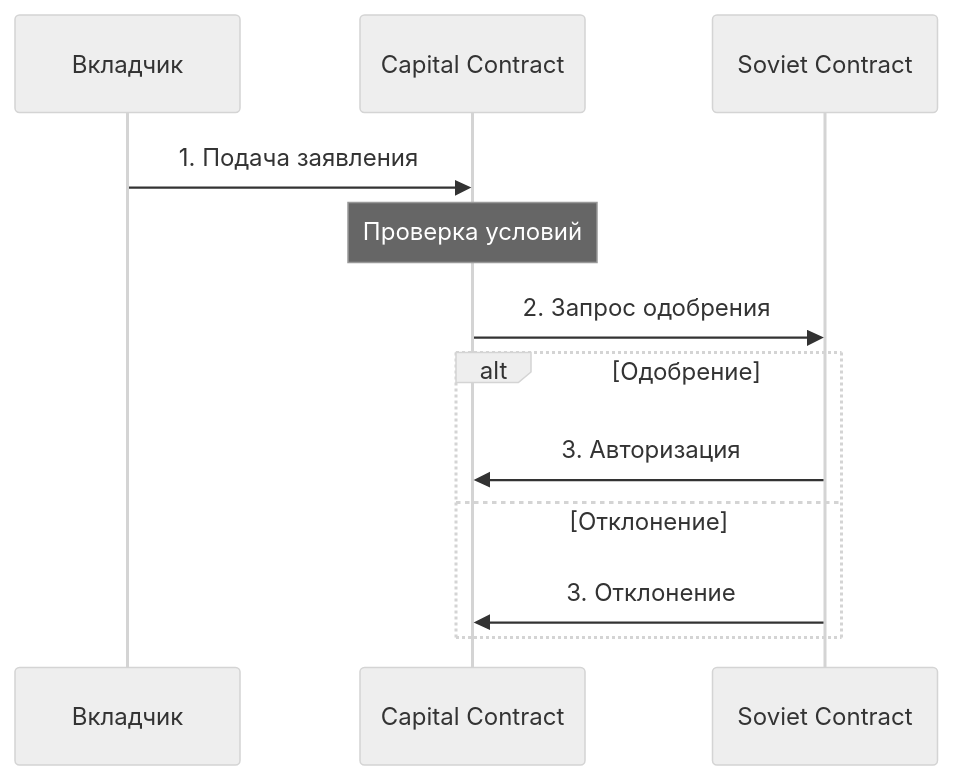
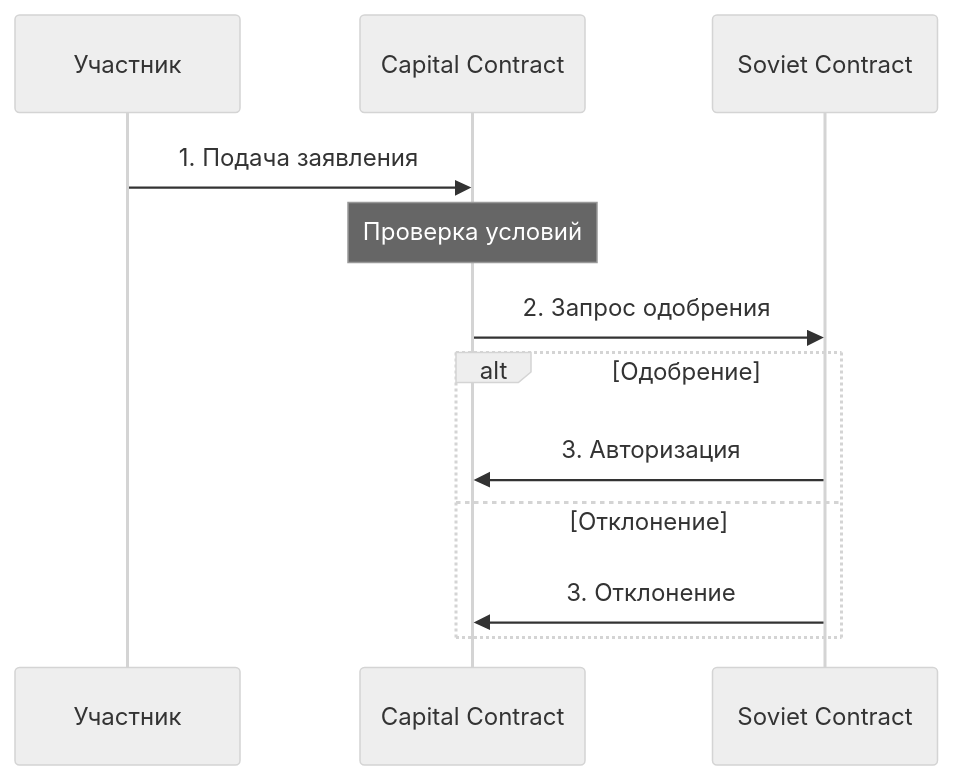
One commit to gradosphera/mono changed the diagram in components/contracts/.cursor/rules/doc-process.mdc. Above: the diagram before and after it, drawn with Mermaid (neutral theme). The commit also changed other lines of this file and 243 other files, not shown here.

```diff
--- a/components/contracts/.cursor/rules/doc-process.mdc
+++ b/components/contracts/.cursor/rules/doc-process.mdc
@@ -48,15 +48,15 @@
 <div class="mermaid">
 sequenceDiagram
-    participant V as Вкладчик
+    participant V as Участник
     participant C as Capital Contract
     participant S as Soviet Contract
     
     V->>C: 1. Подача заявления
     Note over C: Проверка условий
     C->>S: 2. Запрос одобрения
     alt Одобрение
         S->>C: 3. Авторизация
     else Отклонение
         S->>C: 3. Отклонение
     end
 </div>
```
